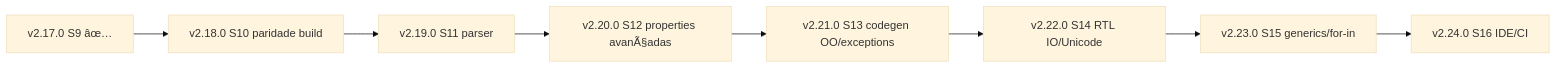
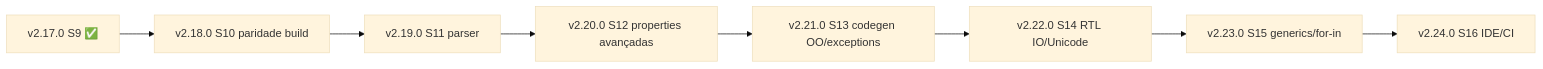
Before and after one commit to diegoernani/crabpascal: the diagram in technical-debt/backlog.mdx, drawn with Mermaid (base theme). The commit also changed other lines of this file and 7 other files, not shown here.

````diff
--- a/technical-debt/backlog.mdx
+++ b/technical-debt/backlog.mdx
@@ -96,10 +96,10 @@
 ```mermaid
 flowchart LR
-  v217[v2.17.0 S9 âœ…] --> v218[v2.18.0 S10 paridade build]
+  v217[v2.17.0 S9 ✅] --> v218[v2.18.0 S10 paridade build]
   v218 --> v219[v2.19.0 S11 parser]
-  v219 --> v220[v2.20.0 S12 properties avanÃ§adas]
+  v219 --> v220[v2.20.0 S12 properties avançadas]
   v220 --> v221[v2.21.0 S13 codegen OO/exceptions]
   v221 --> v222[v2.22.0 S14 RTL IO/Unicode]
   v222 --> v223[v2.23.0 S15 generics/for-in]
   v223 --> v224[v2.24.0 S16 IDE/CI]
 ```
````
